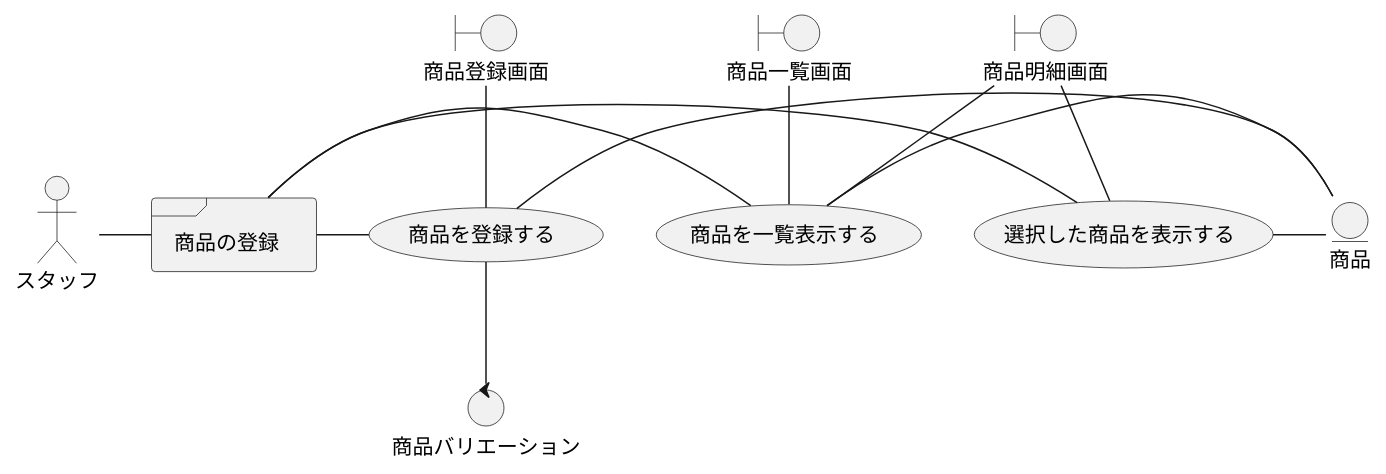
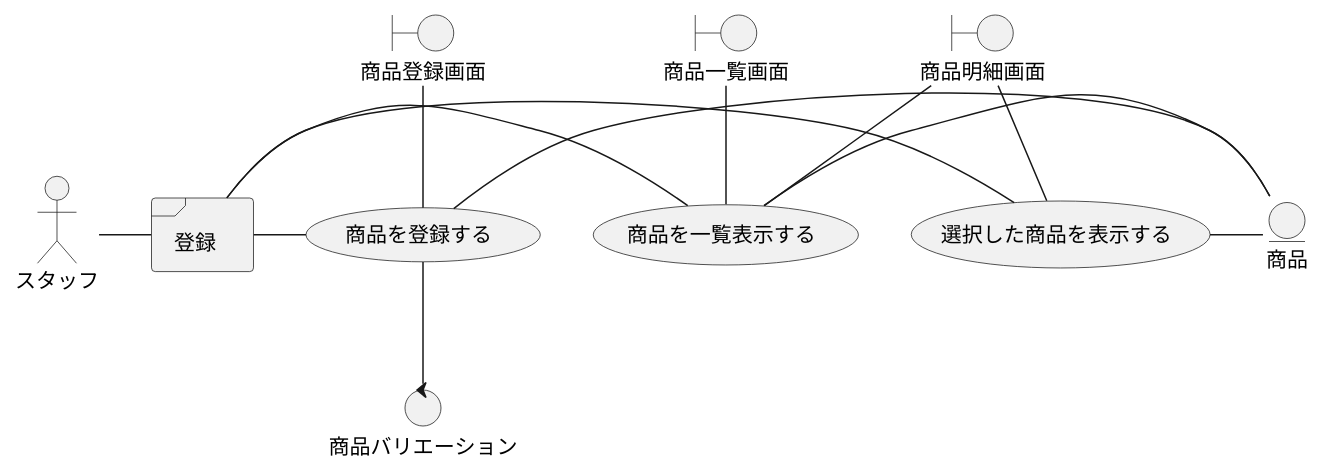
Before and after one commit to k2works/application_programing_excercise_2022: diagram 21 of 38 in docs/index.adoc, drawn with PlantUML. The commit also changed other lines of this file, not shown here.

Commit message:
docs: ユースケース複合図

```diff
--- a/docs/index.adoc
+++ b/docs/index.adoc
@@ -693,28 +722,28 @@
 [plantuml]
 ----
 @startuml
 actor "スタッフ" as ac_01
-frame "商品の登録" as f01
+frame "登録" as f01
 usecase "商品を登録する" as UC1
 usecase "商品を一覧表示する" as UC2
 usecase "選択した商品を表示する" as UC3
 boundary "商品一覧画面" as b01
 boundary "商品明細画面" as b02
 boundary "商品登録画面" as b03
 entity "商品" as e01
 control "商品バリエーション" as c01
 
 ac_01 - f01
 f01 - UC1
 f01 - UC2
 f01 - UC3
 b01 -- UC2
 b02 -- UC2
 b02 -- UC3
 b03 -- UC1
 UC1 - e01
 UC2 - e01
 UC3 - e01
 UC1 -- c01
 @enduml
 ----
```
